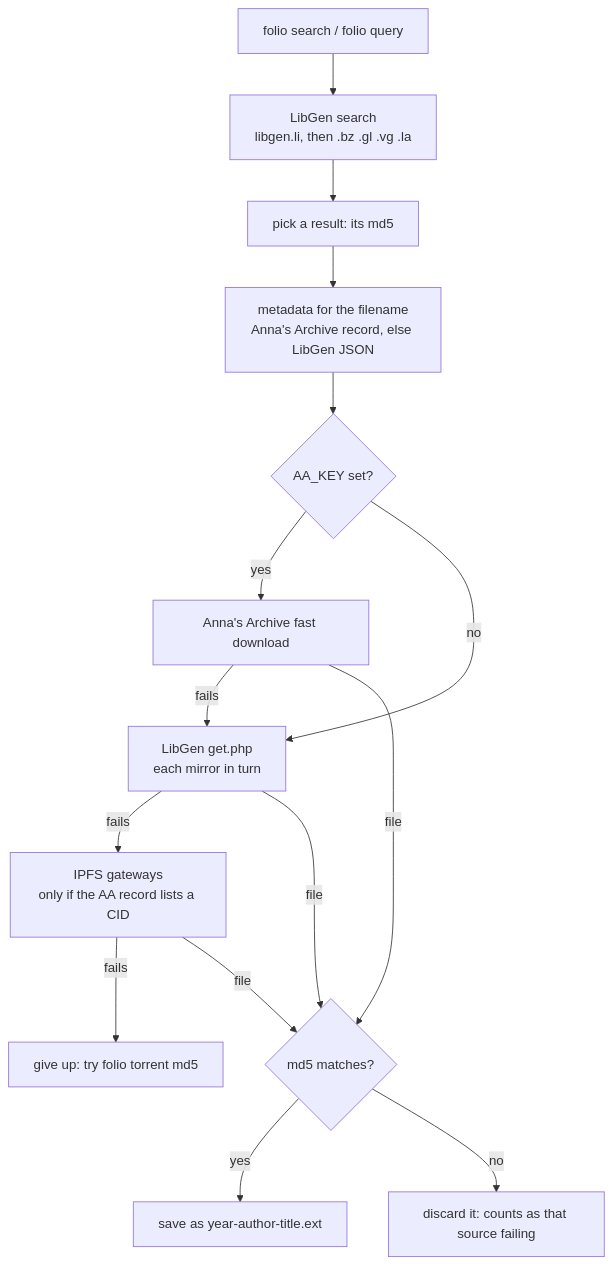
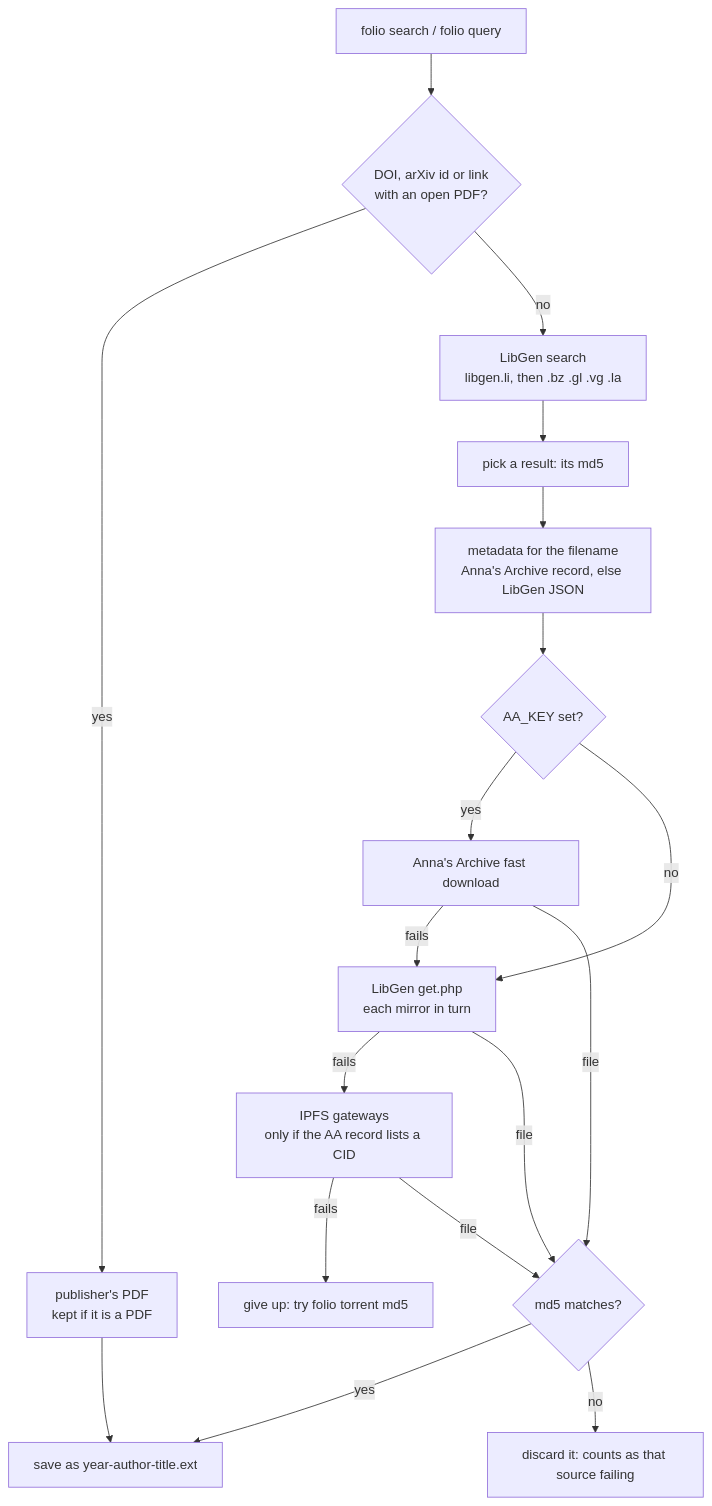
Before and after one commit to jonaprieto/folio: the diagram in README.md, drawn with Mermaid. The commit also changed other lines of this file and 2 other files, not shown here.

First line of the commit message:
feat: download open-access papers by DOI, arXiv id or link

````diff
--- a/README.md
+++ b/README.md
@@ -105,15 +133,17 @@
 ```mermaid
 flowchart TD
-    Q["folio search / folio query"] --> S["LibGen search<br/>libgen.li, then .bz .gl .vg .la"]
+    Q["folio search / folio query"] --> O{"DOI, arXiv id or link<br/>with an open PDF?"}
+    O -- yes --> D["publisher's PDF<br/>kept if it is a PDF"] --> F
+    O -- no --> S["LibGen search<br/>libgen.li, then .bz .gl .vg .la"]
     S --> P["pick a result: its md5"]
     P --> M["metadata for the filename<br/>Anna's Archive record, else LibGen JSON"]
     M --> K{"AA_KEY set?"}
     K -- yes --> A["Anna's Archive fast download"]
     K -- no --> L
     A -- fails --> L["LibGen get.php<br/>each mirror in turn"]
     L -- fails --> I["IPFS gateways<br/>only if the AA record lists a CID"]
     I -- fails --> T["give up: try folio torrent md5"]
     A & L & I -- file --> H{"md5 matches?"}
     H -- yes --> F["save as year-author-title.ext"]
     H -- no --> N["discard it: counts as that source failing"]
 ```
````
